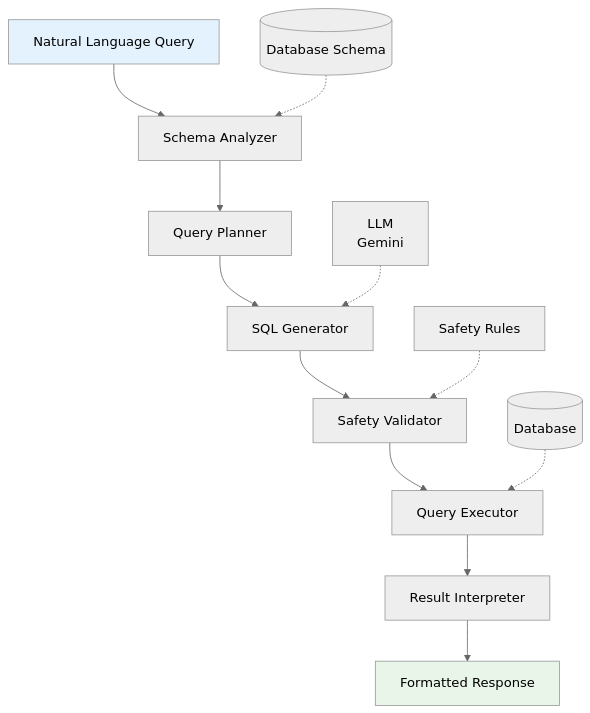
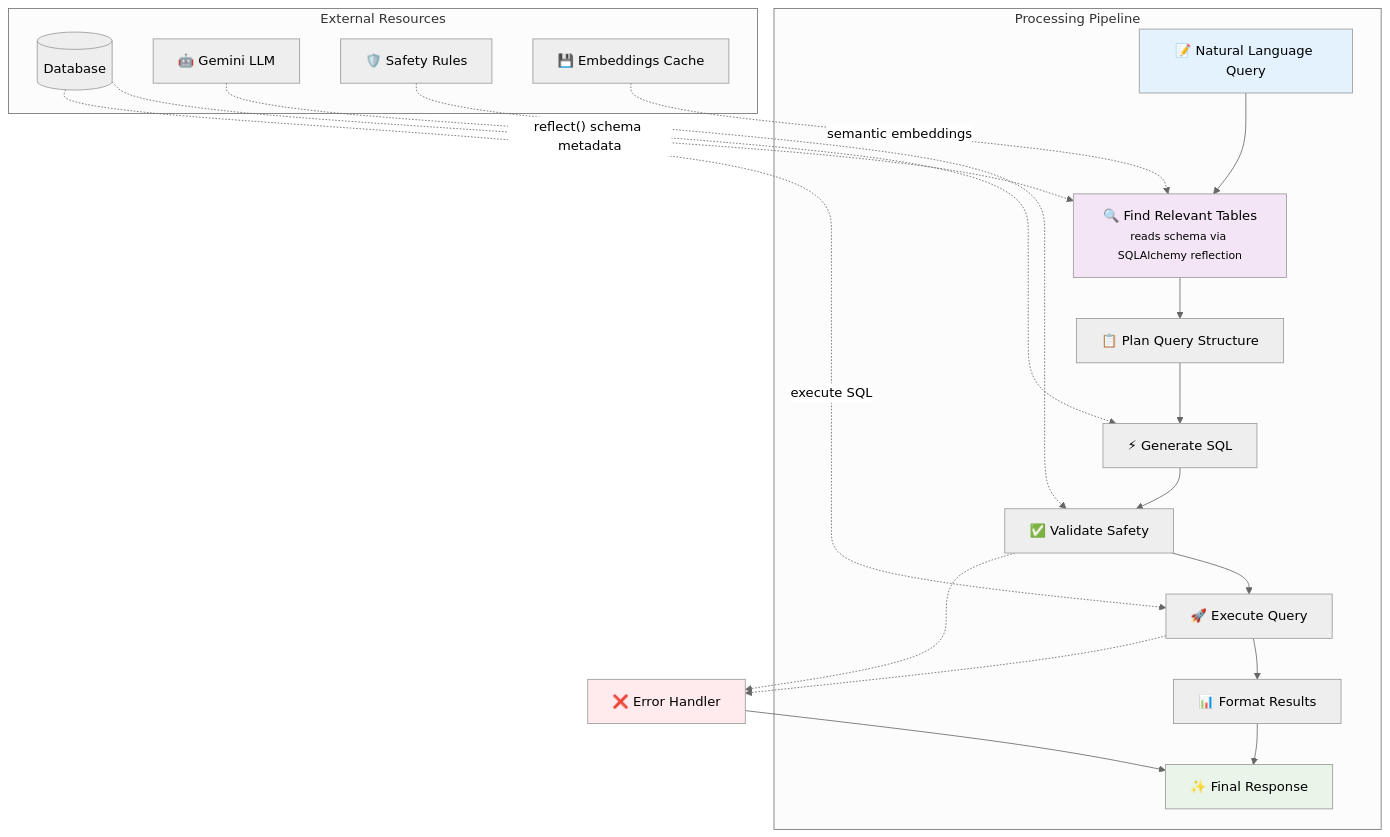
Before and after one commit to keo571/netquery: the diagram in README.md, drawn with Mermaid (neutral theme).

Commit message:
Update Mermaid chart to accurately show schema handling
- Remove misleading 'Schema Metadata' as separate resource
- Show that schema is read via SQLAlchemy reflection from database
- Add 'Embeddings Cache' as actual external resource used
- Add descriptive labels on arrows to clarify data flow
- Highlight schema analyzer node with different color
- Add small text explaining SQLAlchemy reflection process

🤖 Generated with [Claude Code](https://claude.ai/code)

````diff
--- a/README.md
+++ b/README.md
@@ -7,18 +7,37 @@
 ```mermaid
 graph TD
-    A[Natural Language Query] --> B[Schema Analyzer]
-    B --> C[Query Planner]  
-    C --> D[SQL Generator]
-    D --> E[Safety Validator]
-    E --> F[Query Executor]
-    F --> G[Result Interpreter]
-    G --> H[Formatted Response]
+    subgraph "External Resources"
+        DB[(Database)]
+        LLM[🤖 Gemini LLM]
+        RULES[🛡️ Safety Rules]
+        CACHE[💾 Embeddings Cache]
+    end
     
-    I[(Database Schema)] -.-> B
-    J[LLM<br/>Gemini] -.-> D
-    K[Safety Rules] -.-> E
-    L[(Database)] -.-> F
+    subgraph "Processing Pipeline"
+        A["📝 Natural Language Query"] 
+        B["🔍 Find Relevant Tables<br/><small>reads schema via SQLAlchemy reflection</small>"]
+        C["📋 Plan Query Structure"] 
+        D["⚡ Generate SQL"]
+        E["✅ Validate Safety"]
+        F["🚀 Execute Query"]
+        G["📊 Format Results"]
+        H["✨ Final Response"]
+    end
+    
+    A --> B --> C --> D --> E --> F --> G --> H
+    
+    DB -.->|"reflect() schema metadata"| B
+    CACHE -.->|"semantic embeddings"| B
+    LLM -.-> D
+    RULES -.-> E
+    DB -.->|"execute SQL"| F
+    
+    E -.-> ERR["❌ Error Handler"]
+    F -.-> ERR
+    ERR --> H
     
     style A fill:#e3f2fd
     style H fill:#e8f5e8
+    style ERR fill:#ffebee
+    style B fill:#f3e5f5
 ```
````
